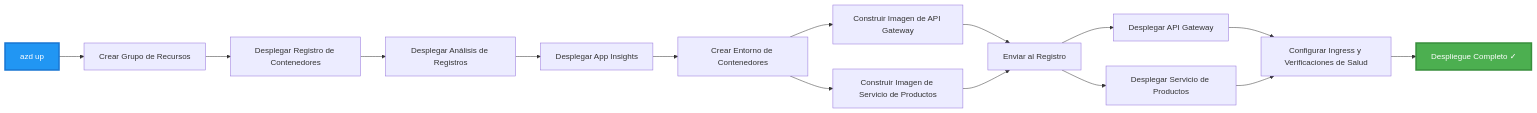
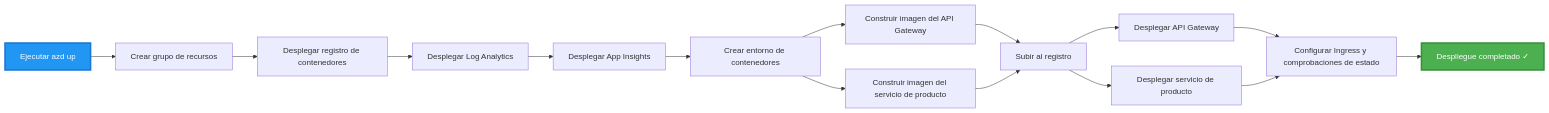
The third of 4 diagrams in translations/es/examples/microservices/README.md (microsoft/AZD-for-beginners), drawn with Mermaid before and after one commit. The commit also changed other lines of this file and 282 other files, not shown here.

````diff
--- a/translations/es/examples/microservices/README.md
+++ b/translations/es/examples/microservices/README.md
@@ -242,20 +233,20 @@
 ```mermaid
 graph LR
-    A[azd up] --> B[Crear Grupo de Recursos]
-    B --> C[Desplegar Registro de Contenedores]
-    C --> D[Desplegar Análisis de Registros]
+    A[Ejecutar azd up] --> B[Crear grupo de recursos]
+    B --> C[Desplegar registro de contenedores]
+    C --> D[Desplegar Log Analytics]
     D --> E[Desplegar App Insights]
-    E --> F[Crear Entorno de Contenedores]
-    F --> G[Construir Imagen de API Gateway]
-    F --> H[Construir Imagen de Servicio de Productos]
-    G --> I[Enviar al Registro]
+    E --> F[Crear entorno de contenedores]
+    F --> G[Construir imagen del API Gateway]
+    F --> H[Construir imagen del servicio de producto]
+    G --> I[Subir al registro]
     H --> I
     I --> J[Desplegar API Gateway]
-    I --> K[Desplegar Servicio de Productos]
-    J --> L[Configurar Ingress y Verificaciones de Salud]
+    I --> K[Desplegar servicio de producto]
+    J --> L[Configurar Ingress y comprobaciones de estado]
     K --> L
-    L --> M[Despliegue Completo ✓]
+    L --> M[Despliegue completado ✓]
     
     style A fill:#2196F3,stroke:#1976D2,stroke-width:3px,color:#fff
     style M fill:#4CAF50,stroke:#388E3C,stroke-width:3px,color:#fff
 ```
````
